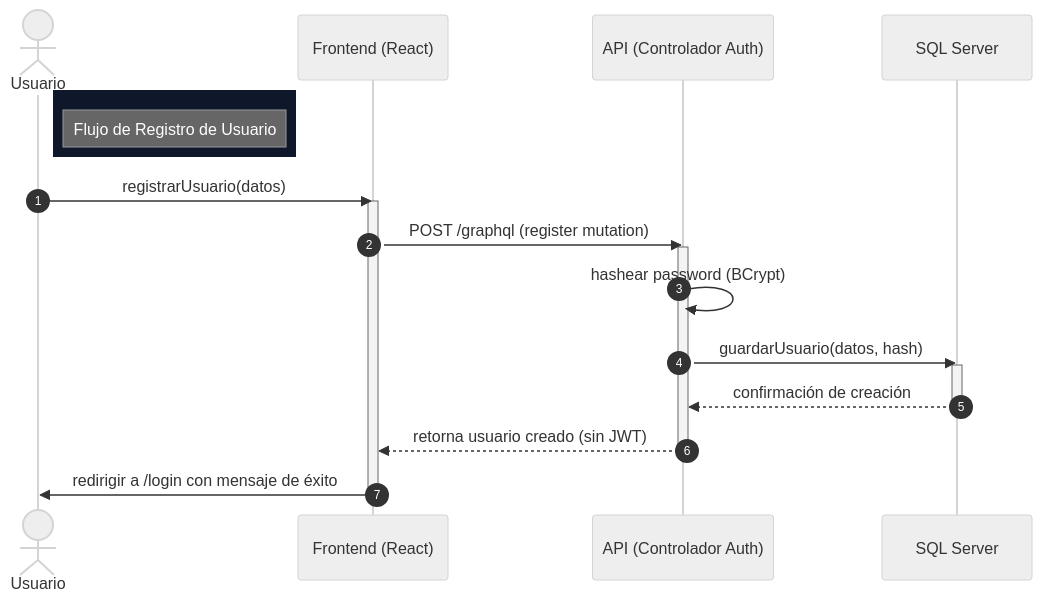
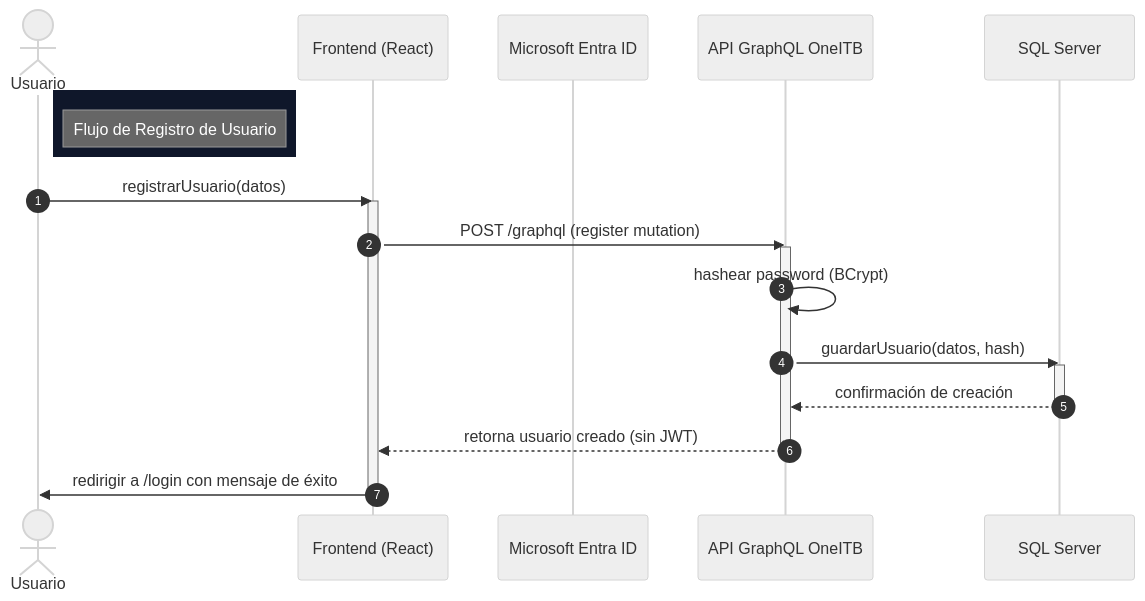
Before and after one commit to fagdiaz/OneITB: the fifth of 10 diagrams in docs/entrega_final/DOCUMENTO_BASE_PRACTICA_PROFESIONAL.md, drawn with Mermaid (neutral theme). The commit also changed other lines of this file and 68 other files, not shown here.

Commit message:
feat: rebaseline demo data and add Microsoft Entra SSO

````diff
--- a/docs/entrega_final/DOCUMENTO_BASE_PRACTICA_PROFESIONAL.md
+++ b/docs/entrega_final/DOCUMENTO_BASE_PRACTICA_PROFESIONAL.md
@@ -339,26 +340,27 @@
 ```mermaid
 sequenceDiagram
     autonumber
     actor U as Usuario
     participant F as Frontend (React)
-    participant C as API (Controlador Auth)
+    participant E as Microsoft Entra ID
+    participant C as API GraphQL OneITB
     participant DB as SQL Server
 
     rect rgb(15, 23, 42)
     note right of U: Flujo de Registro de Usuario
     end
 
     U->>F: registrarUsuario(datos)
     activate F
     F->>C: POST /graphql (register mutation)
     activate C
     C->>C: hashear password (BCrypt)
     C->>DB: guardarUsuario(datos, hash)
     activate DB
     DB-->>C: confirmación de creación
     deactivate DB
     C-->>F: retorna usuario creado (sin JWT)
     deactivate C
     F->>U: redirigir a /login con mensaje de éxito
     deactivate F
 ```
````
